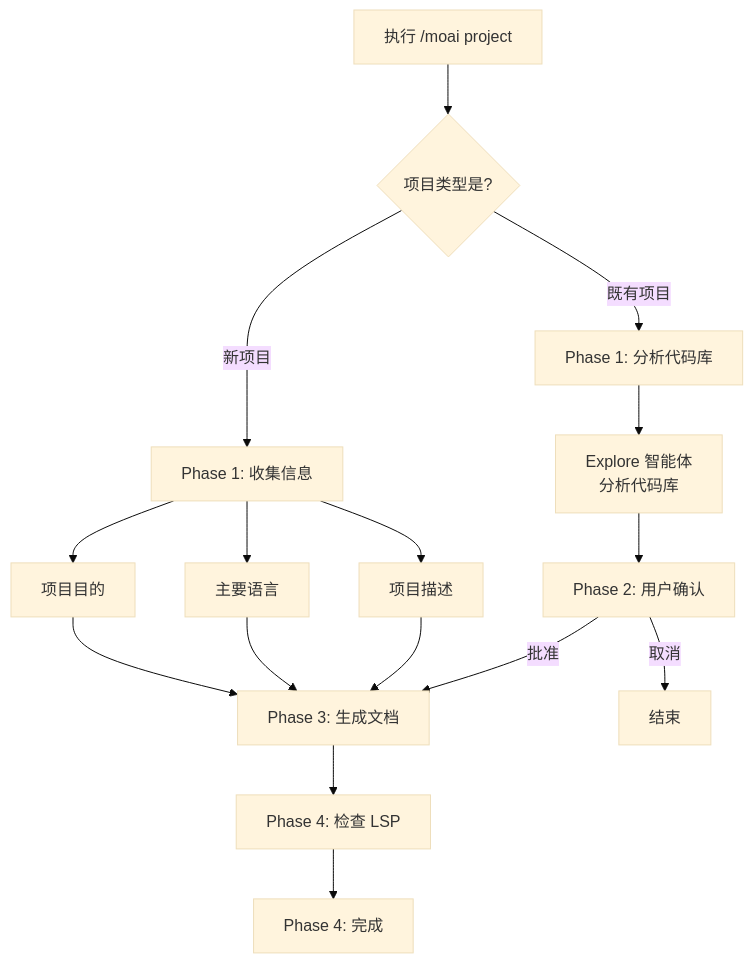
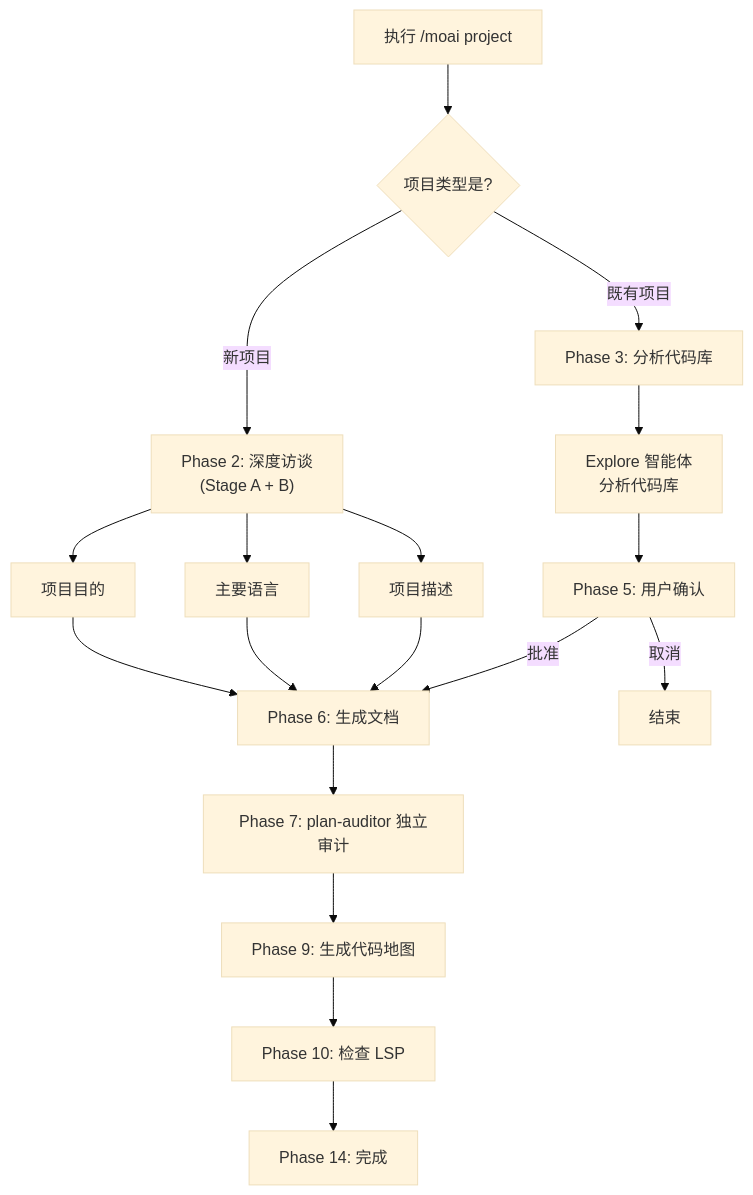
Before and after one commit to modu-ai/moai-adk: the first of 3 diagrams in docs-site/content/zh/workflow-commands/moai-project.md, drawn with Mermaid (base theme). The commit also changed other lines of this file and 25 other files, not shown here.

````diff
--- a/docs-site/content/zh/workflow-commands/moai-project.md
+++ b/docs-site/content/zh/workflow-commands/moai-project.md
@@ -97,24 +98,26 @@
 ```mermaid
 flowchart TD
     Start["执行 /moai project"] --> Q1{项目类型是?}
 
-    Q1 -->|新项目| New["Phase 1: 收集信息"]
-    Q1 -->|既有项目| Exist["Phase 1: 分析代码库"]
+    Q1 -->|新项目| New["Phase 2: 深度访谈<br/>(Stage A + B)"]
+    Q1 -->|既有项目| Exist["Phase 3: 分析代码库"]
 
     New --> NewQ["项目目的"]
     New --> NewL["主要语言"]
     New --> NewD["项目描述"]
 
-    NewQ --> Gen["Phase 3: 生成文档"]
+    NewQ --> Gen["Phase 6: 生成文档"]
     NewL --> Gen
     NewD --> Gen
 
     Exist --> Exp["Explore 智能体<br/>分析代码库"]
-    Exp --> Conf["Phase 2: 用户确认"]
+    Exp --> Conf["Phase 5: 用户确认"]
 
     Conf -->|批准| Gen
     Conf -->|取消| End["结束"]
 
-    Gen --> LSP["Phase 4: 检查 LSP"]
-    LSP --> Complete["Phase 4: 完成"]
+    Gen --> Audit["Phase 7: plan-auditor 独立审计"]
+    Audit --> CM["Phase 9: 生成代码地图"]
+    CM --> LSP["Phase 10: 检查 LSP"]
+    LSP --> Complete["Phase 14: 完成"]
 ```
````
